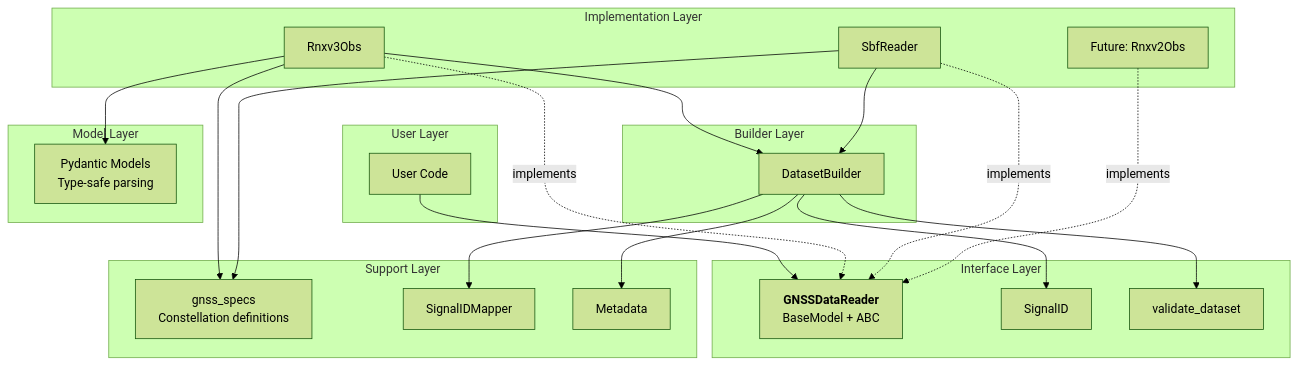
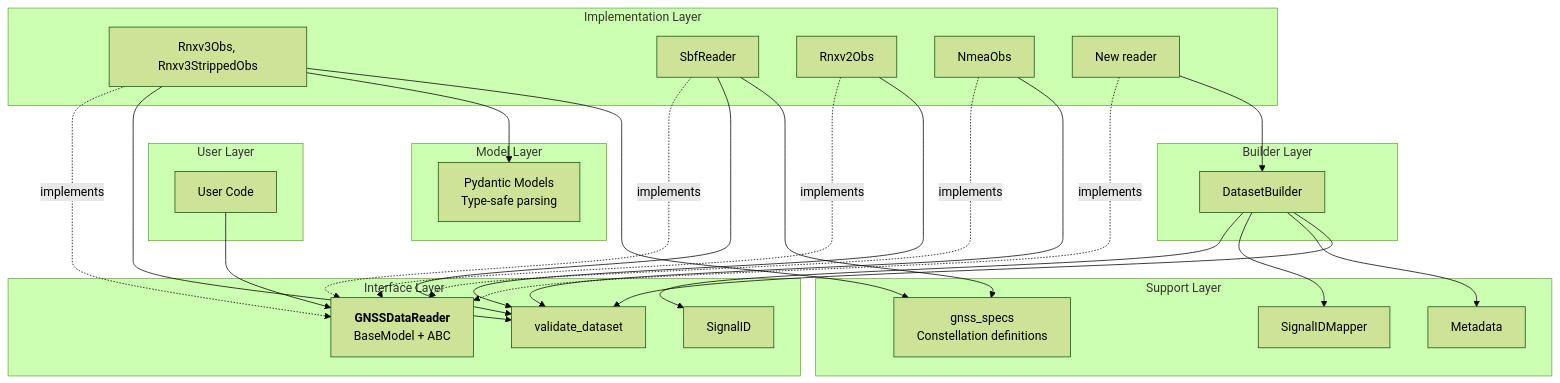
One commit to nfb2021/canvodpy changed the first of 2 diagrams in docs/packages/readers/architecture.md. Above: the diagram before and after it, drawn with Mermaid (forest theme). The commit also changed other lines of this file and 6 other files, not shown here.

````diff
--- a/docs/packages/readers/architecture.md
+++ b/docs/packages/readers/architecture.md
@@ -163,50 +173,57 @@
 ```mermaid
 graph TB
     subgraph "User Layer"
         A[User Code]
     end
 
     subgraph "Interface Layer"
         B["`**GNSSDataReader**
         BaseModel + ABC`"]
         B2[SignalID]
         C[validate_dataset]
     end
 
     subgraph "Builder Layer"
         BLD[DatasetBuilder]
     end
 
     subgraph "Implementation Layer"
-        D[Rnxv3Obs]
+        D[Rnxv3Obs, Rnxv3StrippedObs]
         D2[SbfReader]
-        E[Future: Rnxv2Obs]
+        E[Rnxv2Obs]
+        E2[NmeaObs]
+        NEW[New reader]
     end
 
     subgraph "Support Layer"
         G[gnss_specs<br/>Constellation definitions]
         H[SignalIDMapper]
         I[Metadata]
     end
 
     subgraph "Model Layer"
         J[Pydantic Models<br/>Type-safe parsing]
     end
 
     A --> B
     D -.implements.-> B
     D2 -.implements.-> B
     E -.implements.-> B
+    E2 -.implements.-> B
+    NEW -.implements.-> B
 
-    D --> BLD
-    D2 --> BLD
+    D --> C
+    D2 --> C
+    E --> C
+    E2 --> C
+    NEW --> BLD
     BLD --> B2
     BLD --> H
     BLD --> I
     BLD --> C
 
     D --> J
     D --> G
     D2 --> G
 
 ```
````
